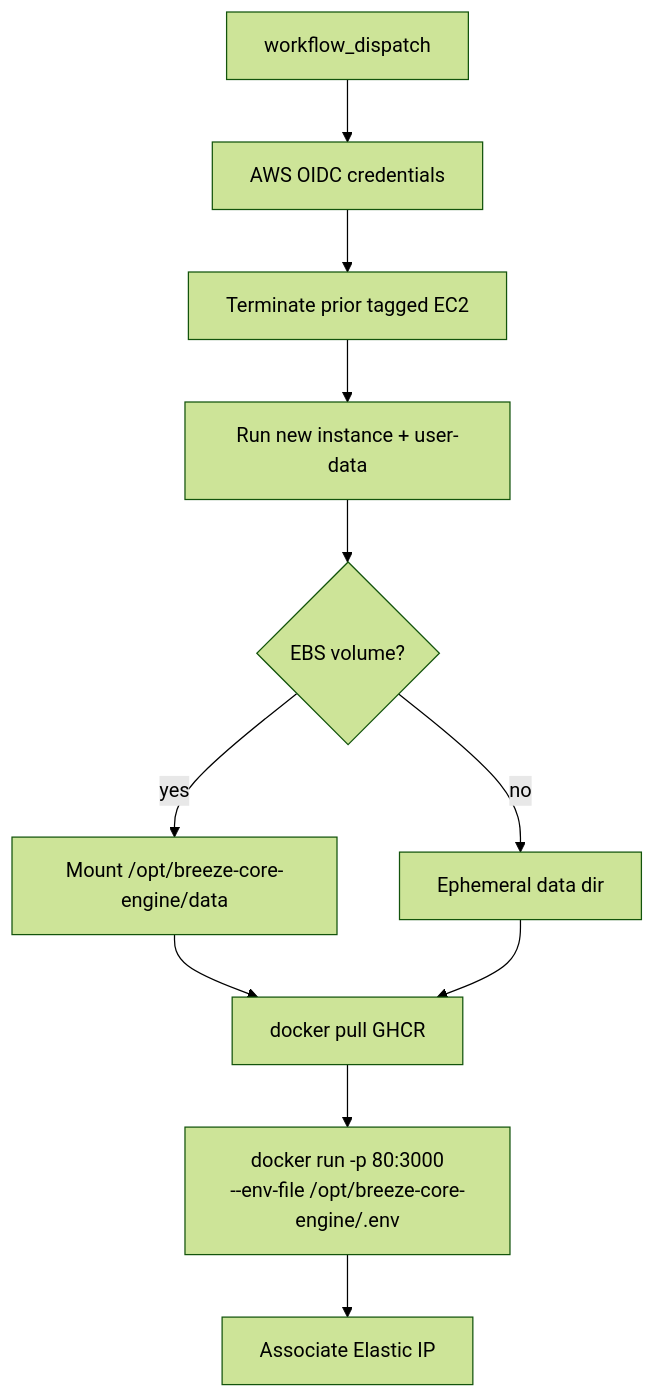
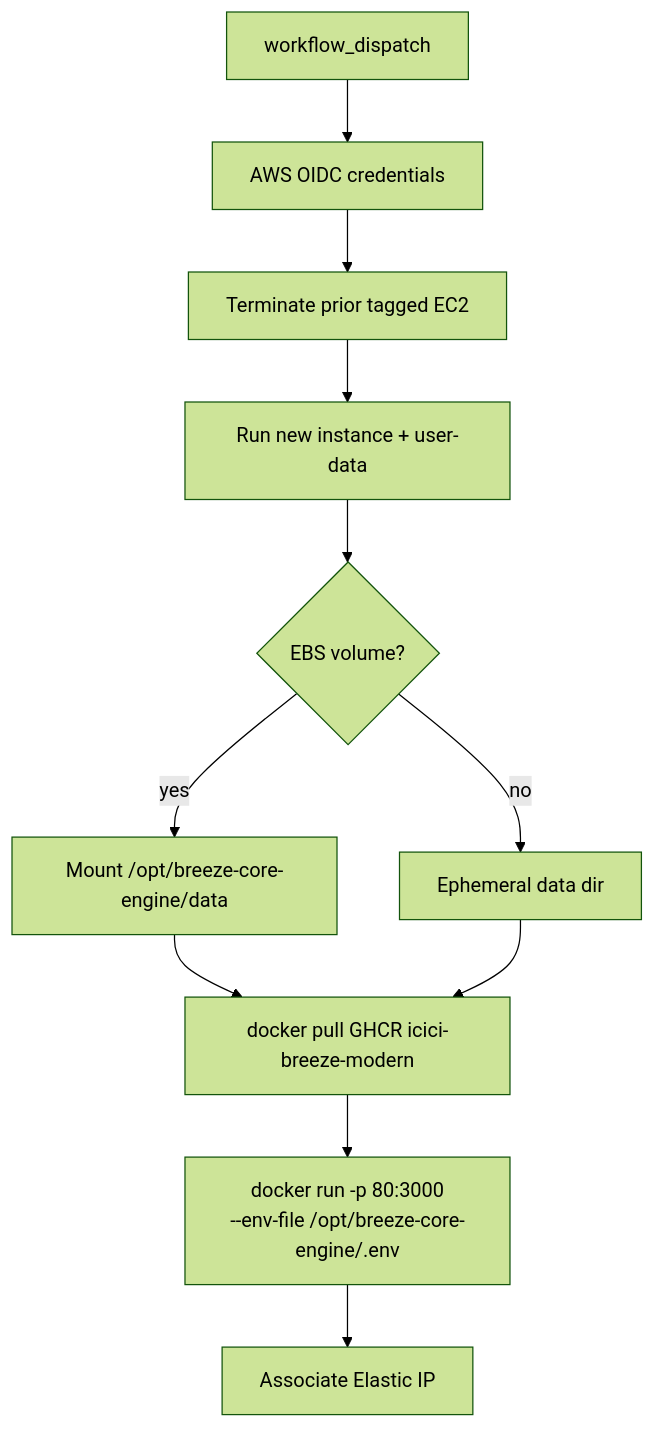
One commit to AmitMhatre-Code/breeze-core-engine changed diagram 16 of 21 in docs/flows.md. Above: the diagram before and after it, drawn with Mermaid (forest theme). The commit also changed other lines of this file and 174 other files, not shown here.

````diff
--- a/docs/flows.md
+++ b/docs/flows.md
@@ -311,13 +323,13 @@
 ```mermaid
 flowchart TB
   W[workflow_dispatch] --> OIDC[AWS OIDC credentials]
   OIDC --> TERM[Terminate prior tagged EC2]
   TERM --> RUN[Run new instance + user-data]
   RUN --> VOL{EBS volume?}
   VOL -->|yes| MNT[Mount /opt/breeze-core-engine/data]
   VOL -->|no| LOCAL[Ephemeral data dir]
-  MNT --> PULL[docker pull GHCR]
+  MNT --> PULL[docker pull GHCR icici-breeze-modern]
   LOCAL --> PULL
   PULL --> CONT[docker run -p 80:3000\n--env-file /opt/breeze-core-engine/.env]
   CONT --> EIP[Associate Elastic IP]
 ```
````
